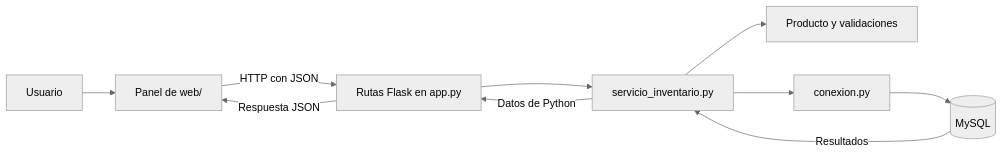
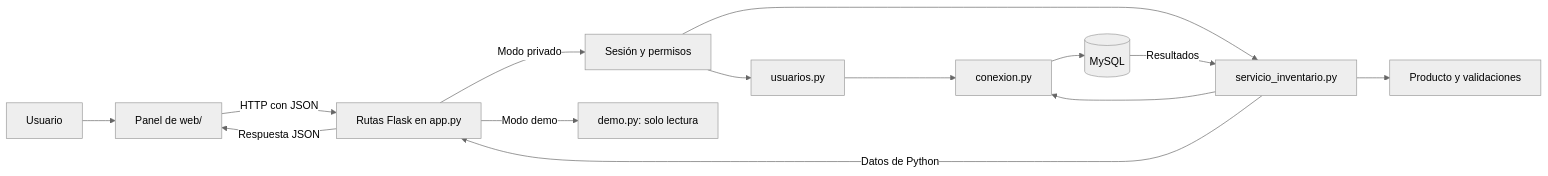
Before and after one commit to nandillo156-bot/sistema-inventario-python: the diagram in docs/guia-codigo.md, drawn with Mermaid (neutral theme). The commit also changed other lines of this file and 32 other files, not shown here.

````diff
--- a/docs/guia-codigo.md
+++ b/docs/guia-codigo.md
@@ -15,12 +17,16 @@
 ```mermaid
 flowchart LR
     A[Usuario] --> B[Panel de web/]
     B -->|HTTP con JSON| C[Rutas Flask en app.py]
-    C --> D[servicio_inventario.py]
+    C -->|Modo privado| H[Sesión y permisos]
+    H --> U[usuarios.py]
+    H --> D[servicio_inventario.py]
+    C -->|Modo demo| J[demo.py: solo lectura]
     D --> E[Producto y validaciones]
     D --> F[conexion.py]
+    U --> F
     F --> G[(MySQL)]
     G -->|Resultados| D
     D -->|Datos de Python| C
     C -->|Respuesta JSON| B
 ```
````
